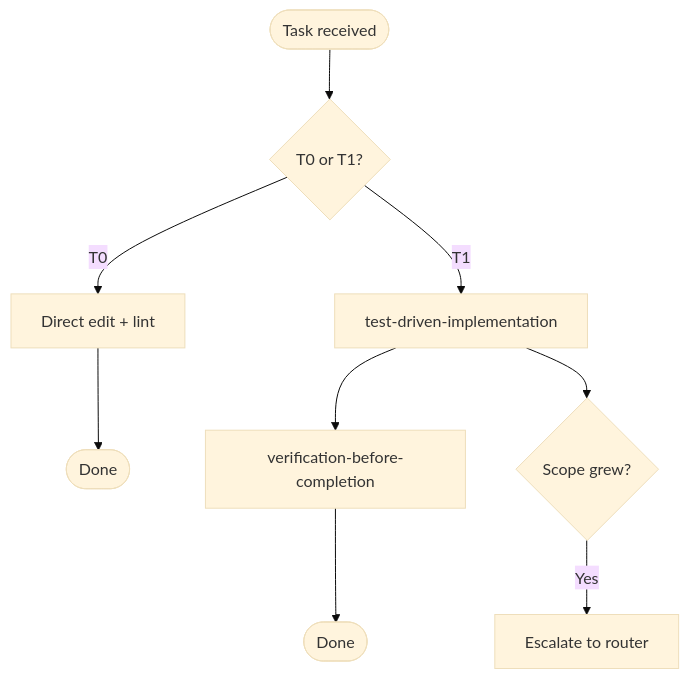
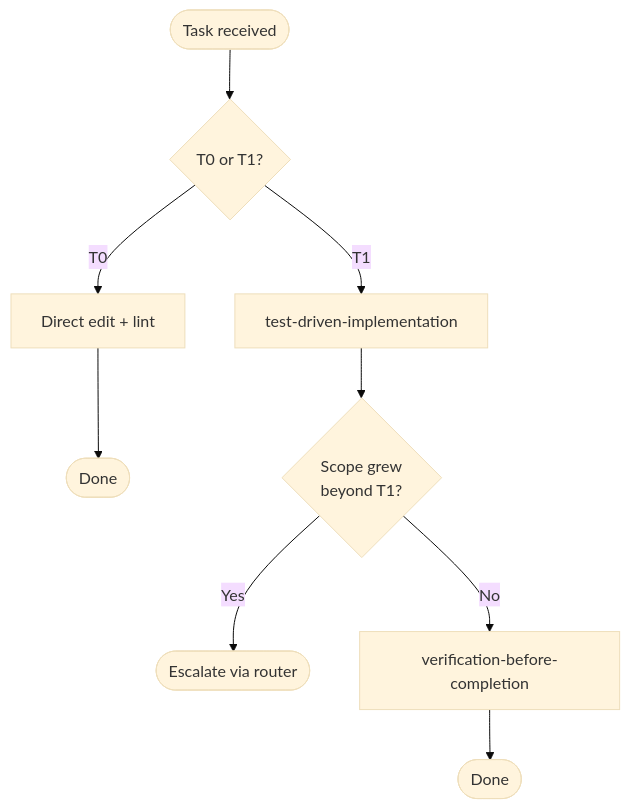
The diagram in .claude/skills/fast-path/SKILL.md (wintermaples/spec-coexist), drawn with Mermaid (base theme) before and after one commit. The commit also changed 16 other files, not shown here.

````diff
--- a/.claude/skills/fast-path/SKILL.md
+++ b/.claude/skills/fast-path/SKILL.md
@@ -54,11 +54,11 @@
 ```mermaid
 flowchart TD
     Start([Task received]) --> Tier{T0 or T1?}
     Tier -- T0 --> Edit[Direct edit + lint]
     Edit --> Done0([Done])
     Tier -- T1 --> TDD[test-driven-implementation]
-    TDD --> Verify[verification-before-completion]
+    TDD --> Esc{Scope grew<br/>beyond T1?}
+    Esc -- Yes --> Route([Escalate via router])
+    Esc -- No --> Verify[verification-before-completion]
     Verify --> Done1([Done])
-    TDD --> Esc{Scope grew?}
-    Esc -- Yes --> Route[Escalate to router]
 ```
````
